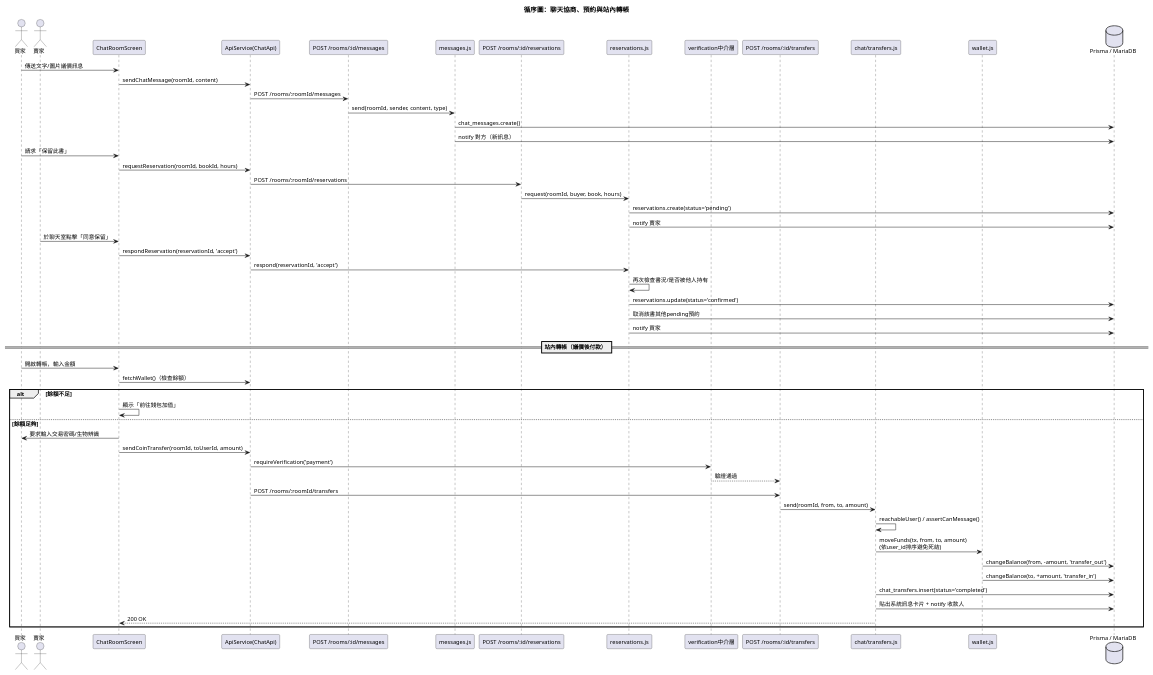
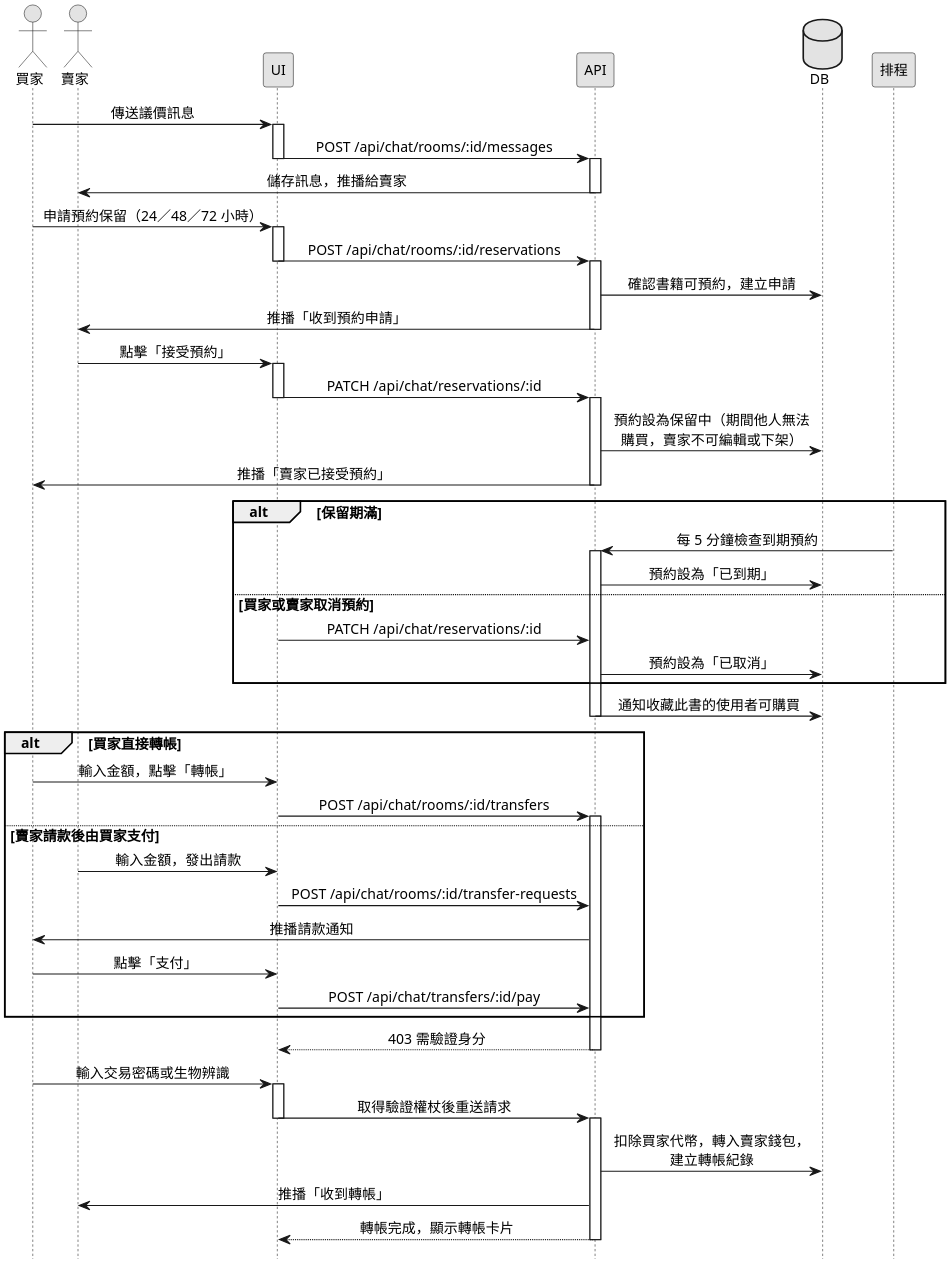
One commit to SaveMyBook/SaveMyBook changed the diagram in Diagrams/Sequence Diagrams/v3/seq_chat_transfer.puml. Above: the diagram before and after it, drawn with PlantUML. The commit also changed 268 other files, not shown here.

```diff
--- a/Diagrams/Sequence Diagrams/v3/seq_chat_transfer.puml
+++ b/Diagrams/Sequence Diagrams/v3/seq_chat_transfer.puml
@@ -1,63 +1,77 @@
 @startuml
-!pragma layout smetana
-skinparam defaultFontName "Microsoft JhengHei"
-skinparam defaultFontSize 12
-title 循序圖：聊天協商、預約與站內轉帳
+skinparam monochrome true
+skinparam shadowing false
+skinparam dpi 220
+skinparam defaultFontName "PingFang TC"
+skinparam defaultFontSize 13
+skinparam sequenceMessageAlign center
+skinparam ParticipantPadding 18
+hide footbox
 
-actor 買家 as Buyer
-actor 賣家 as Seller
-participant "ChatRoomScreen" as UI
-participant "ApiService(ChatApi)" as ApiSvc
-participant "POST /rooms/:id/messages" as MsgRoute
-participant "messages.js" as MsgSvc
-participant "POST /rooms/:id/reservations" as ResRoute
-participant "reservations.js" as ResSvc
-participant "verification中介層" as Verify
-participant "POST /rooms/:id/transfers" as TxRoute
-participant "chat/transfers.js" as TransferSvc
-participant "wallet.js" as WalletSvc
-database "Prisma / MariaDB" as DB
+actor 買家
+actor 賣家
+participant UI
+participant API
+database DB
+participant 排程
 
-Buyer -> UI : 傳送文字/圖片議價訊息
-UI -> ApiSvc : sendChatMessage(roomId, content)
-ApiSvc -> MsgRoute : POST /rooms/:roomId/messages
-MsgRoute -> MsgSvc : send(roomId, sender, content, type)
-MsgSvc -> DB : chat_messages.create()
-MsgSvc -> DB : notify 對方（新訊息）
+買家 -> UI : 傳送議價訊息
+activate UI
+UI -> API : POST /api/chat/rooms/:id/messages
+deactivate UI
+activate API
+API -> 賣家 : 儲存訊息，推播給賣家
+deactivate API
 
-Buyer -> UI : 請求「保留此書」
-UI -> ApiSvc : requestReservation(roomId, bookId, hours)
-ApiSvc -> ResRoute : POST /rooms/:roomId/reservations
-ResRoute -> ResSvc : request(roomId, buyer, book, hours)
-ResSvc -> DB : reservations.create(status='pending')
-ResSvc -> DB : notify 賣家
+買家 -> UI : 申請預約保留（24／48／72 小時）
+activate UI
+UI -> API : POST /api/chat/rooms/:id/reservations
+deactivate UI
+activate API
+API -> DB : 確認書籍可預約，建立申請
+API -> 賣家 : 推播「收到預約申請」
+deactivate API
 
-Seller -> UI : 於聊天室點擊「同意保留」
-UI -> ApiSvc : respondReservation(reservationId, 'accept')
-ApiSvc -> ResSvc : respond(reservationId, 'accept')
-ResSvc -> ResSvc : 再次檢查書況/是否被他人持有
-ResSvc -> DB : reservations.update(status='confirmed')
-ResSvc -> DB : 取消該書其他pending預約
-ResSvc -> DB : notify 買家
+賣家 -> UI : 點擊「接受預約」
+activate UI
+UI -> API : PATCH /api/chat/reservations/:id
+deactivate UI
+activate API
+API -> DB : 預約設為保留中（期間他人無法\n購買，賣家不可編輯或下架）
+API -> 買家 : 推播「賣家已接受預約」
+deactivate API
 
-== 站內轉帳（議價後付款） ==
-Buyer -> UI : 開啟轉帳，輸入金額
-UI -> ApiSvc : fetchWallet()（檢查餘額）
-alt 餘額不足
-  UI -> UI : 顯示「前往錢包加值」
-else 餘額足夠
-  UI -> Buyer : 要求輸入交易密碼/生物辨識
-  UI -> ApiSvc : sendCoinTransfer(roomId, toUserId, amount)
-  ApiSvc -> Verify : requireVerification('payment')
-  Verify --> TxRoute : 驗證通過
-  ApiSvc -> TxRoute : POST /rooms/:roomId/transfers
-  TxRoute -> TransferSvc : send(roomId, from, to, amount)
-  TransferSvc -> TransferSvc : reachableUser() / assertCanMessage()
-  TransferSvc -> WalletSvc : moveFunds(tx, from, to, amount)\n(依user_id排序避免死結)
-  WalletSvc -> DB : changeBalance(from, -amount, 'transfer_out')
-  WalletSvc -> DB : changeBalance(to, +amount, 'transfer_in')
-  TransferSvc -> DB : chat_transfers.insert(status='completed')
-  TransferSvc -> DB : 貼出系統訊息卡片 + notify 收款人
-  TransferSvc --> UI : 200 OK
+alt 保留期滿
+  排程 -> API : 每 5 分鐘檢查到期預約
+  activate API
+  API -> DB : 預約設為「已到期」
+else 買家或賣家取消預約
+  UI -> API : PATCH /api/chat/reservations/:id
+  API -> DB : 預約設為「已取消」
 end
+API -> DB : 通知收藏此書的使用者可購買
+deactivate API
+
+alt 買家直接轉帳
+  買家 -> UI : 輸入金額，點擊「轉帳」
+  UI -> API : POST /api/chat/rooms/:id/transfers
+  activate API
+else 賣家請款後由買家支付
+  賣家 -> UI : 輸入金額，發出請款
+  UI -> API : POST /api/chat/rooms/:id/transfer-requests
+  API -> 買家 : 推播請款通知
+  買家 -> UI : 點擊「支付」
+  UI -> API : POST /api/chat/transfers/:id/pay
+end
+API --> UI : 403 需驗證身分
+deactivate API
+買家 -> UI : 輸入交易密碼或生物辨識
+activate UI
+UI -> API : 取得驗證權杖後重送請求
+deactivate UI
+activate API
+API -> DB : 扣除買家代幣，轉入賣家錢包，\n建立轉帳紀錄
+API -> 賣家 : 推播「收到轉帳」
+API --> UI : 轉帳完成，顯示轉帳卡片
+deactivate API
 @enduml
```
